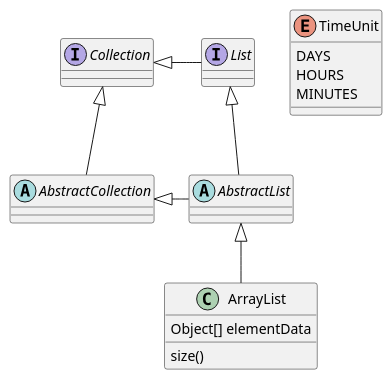
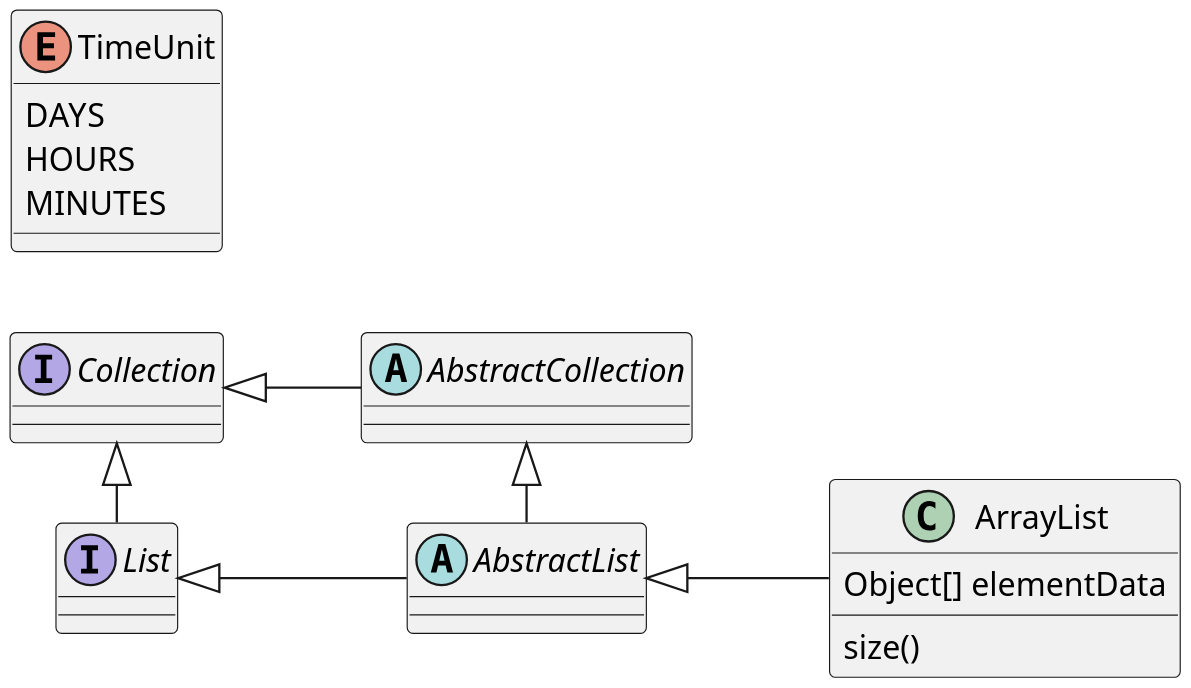
One commit to Spring-Framework-Java-Apps/simpleworklist changed the diagram in src/main/plantuml/Simpleworklist__Service_Classes_Meso.puml. Above: the diagram before and after it, drawn with PlantUML. The commit also changed 3 other files, not shown here.

Commit message:
fixed #379 Error Controller is broken, fixed #376 add UML to Documentation

```diff
--- a/src/main/plantuml/Simpleworklist__Service_Classes_Meso.puml
+++ b/src/main/plantuml/Simpleworklist__Service_Classes_Meso.puml
@@ -1,27 +1,32 @@
 @startuml
 'https://plantuml.com/class-diagram
+
+left to right direction
+'top to bottom direction
+
+scale 1200 width
 
 abstract class AbstractList
 abstract AbstractCollection
 interface List
 interface Collection
 
 List <|-- AbstractList
 Collection <|-- AbstractCollection
 
 Collection <|- List
 AbstractCollection <|- AbstractList
 AbstractList <|-- ArrayList
 
 class ArrayList {
 Object[] elementData
 size()
 }
 
 enum TimeUnit {
 DAYS
 HOURS
 MINUTES
 }
 
 @enduml
```
